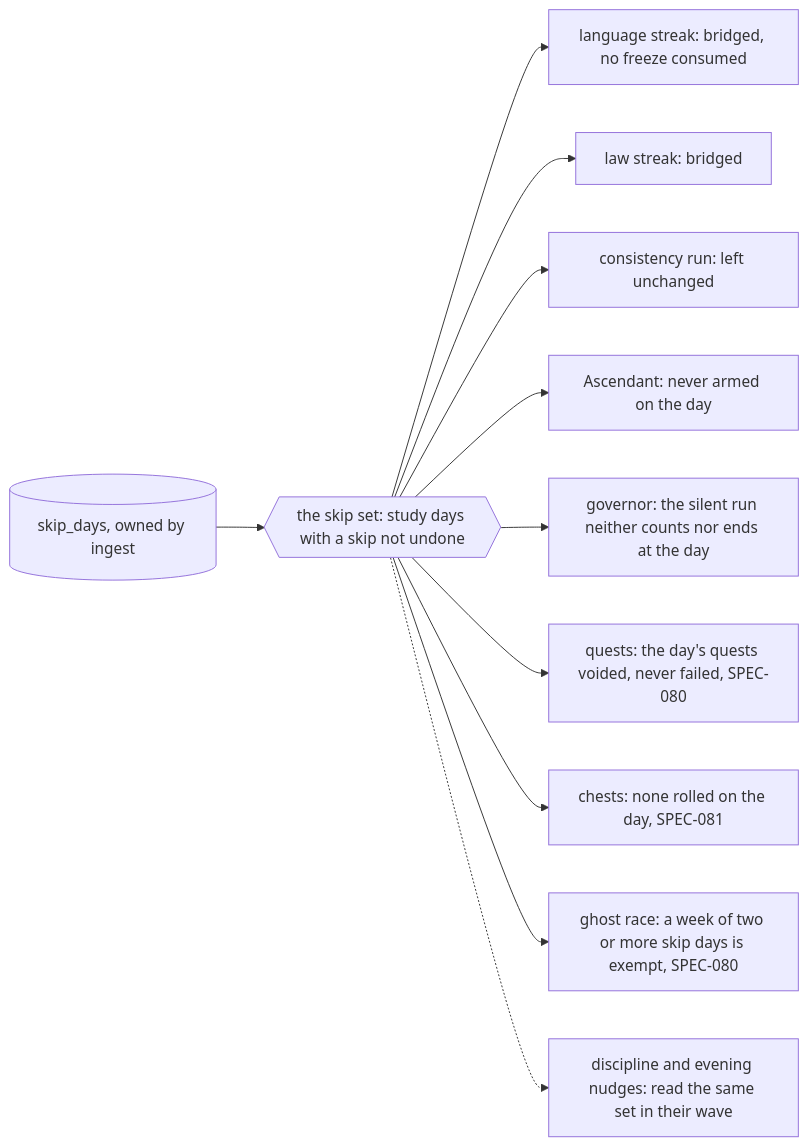
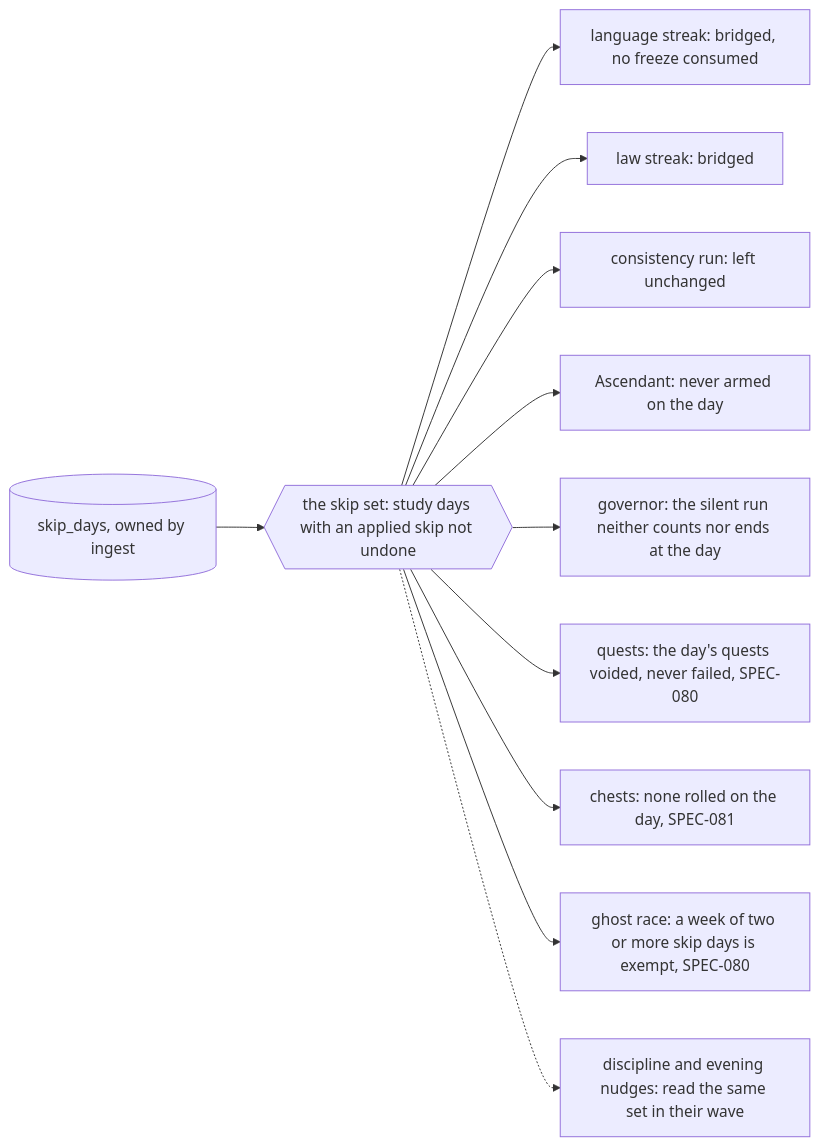
One commit to RexRenatus/deck-streak changed the third of 4 diagrams in docs/schematics/skip-day-record-and-effects.md. Above: the diagram before and after it, drawn with Mermaid. The commit also changed other lines of this file and 3 other files, not shown here.

````diff
--- a/docs/schematics/skip-day-record-and-effects.md
+++ b/docs/schematics/skip-day-record-and-effects.md
@@ -40,13 +71,13 @@
 ```mermaid
 flowchart LR
-  rec[("skip_days, owned by ingest")] --> port{{"the skip set: study days with a skip not undone"}}
+  rec[("skip_days, owned by ingest")] --> port{{"the skip set: study days with an applied skip not undone"}}
   port --> ls["language streak: bridged, no freeze consumed"]
   port --> law["law streak: bridged"]
   port --> run["consistency run: left unchanged"]
   port --> asc["Ascendant: never armed on the day"]
   port --> gov["governor: the silent run neither counts nor ends at the day"]
   port --> qs["quests: the day's quests voided, never failed, SPEC-080"]
   port --> ch["chests: none rolled on the day, SPEC-081"]
   port --> gh["ghost race: a week of two or more skip days is exempt, SPEC-080"]
   port -.-> w5["discipline and evening nudges: read the same set in their wave"]
 ```
````
